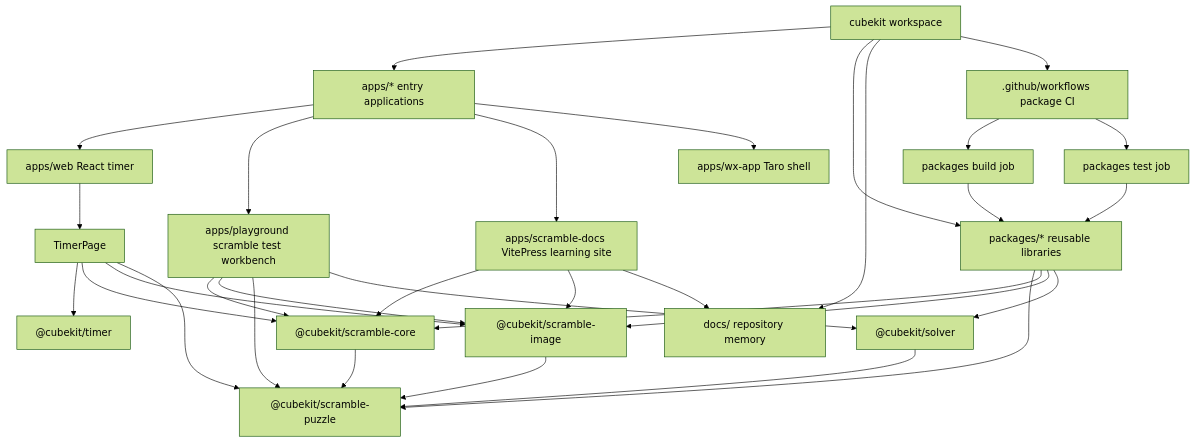
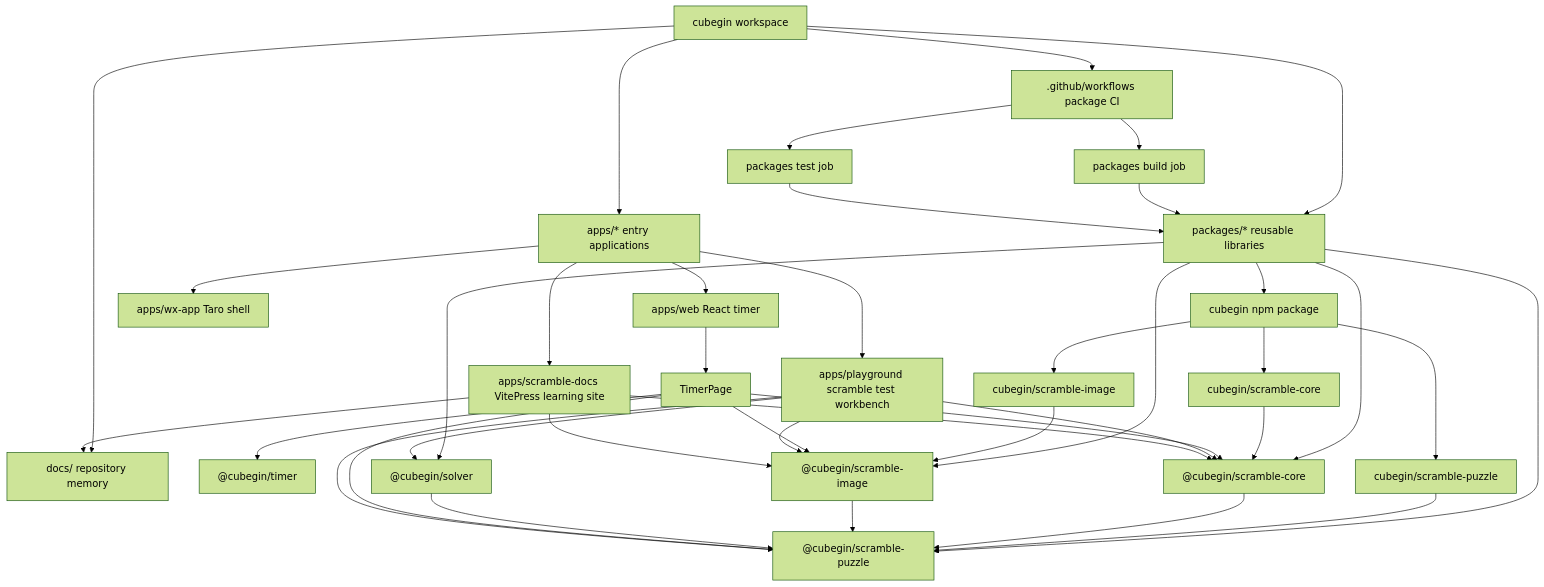
Before and after one commit to deweyou/cube-kit: the diagram in docs/project-structure.md, drawn with Mermaid (forest theme). The commit also changed other lines of this file and 164 other files, not shown here.

Commit message:
feat: publish cubegin package

````diff
--- a/docs/project-structure.md
+++ b/docs/project-structure.md
@@ -3,34 +3,41 @@
 ```mermaid
 flowchart TD
-    Root["cubekit workspace"] --> Apps["apps/* entry applications"]
+    Root["cubegin workspace"] --> Apps["apps/* entry applications"]
     Root --> Packages["packages/* reusable libraries"]
     Root --> Docs["docs/ repository memory"]
     Root --> Ci[".github/workflows package CI"]
     Apps --> Web["apps/web React timer"]
     Apps --> Playground["apps/playground scramble test workbench"]
     Apps --> ScrambleDocs["apps/scramble-docs VitePress learning site"]
     Apps --> Wx["apps/wx-app Taro shell"]
     Web --> TimerPage["TimerPage"]
-    TimerPage --> TimerPkg["@cubekit/timer"]
-    Packages --> PuzzlePkg["@cubekit/scramble-puzzle"]
-    Packages --> CorePkg["@cubekit/scramble-core"]
-    Packages --> ImagePkg["@cubekit/scramble-image"]
-    Packages --> SolverPkg["@cubekit/solver"]
+    TimerPage --> TimerPkg["@cubegin/timer"]
+    Packages --> PublicCore["cubegin npm package"]
+    Packages --> PuzzlePkg["@cubegin/scramble-puzzle"]
+    Packages --> CorePkg["@cubegin/scramble-core"]
+    Packages --> ImagePkg["@cubegin/scramble-image"]
+    Packages --> SolverPkg["@cubegin/solver"]
+    PublicCore --> CorePath["cubegin/scramble-core"]
+    PublicCore --> ImagePath["cubegin/scramble-image"]
+    PublicCore --> PuzzlePath["cubegin/scramble-puzzle"]
+    CorePath --> CorePkg
+    ImagePath --> ImagePkg
+    PuzzlePath --> PuzzlePkg
     CorePkg --> PuzzlePkg
     ImagePkg --> PuzzlePkg
     SolverPkg --> PuzzlePkg
     TimerPage --> CorePkg
     TimerPage --> ImagePkg
     TimerPage --> PuzzlePkg
     Playground --> CorePkg
     Playground --> ImagePkg
     Playground --> PuzzlePkg
     Playground --> SolverPkg
     ScrambleDocs --> CorePkg
     ScrambleDocs --> ImagePkg
     ScrambleDocs --> Docs
     Ci --> PackageBuild["packages build job"]
     Ci --> PackageTest["packages test job"]
     PackageBuild --> Packages
     PackageTest --> Packages
 ```
````
